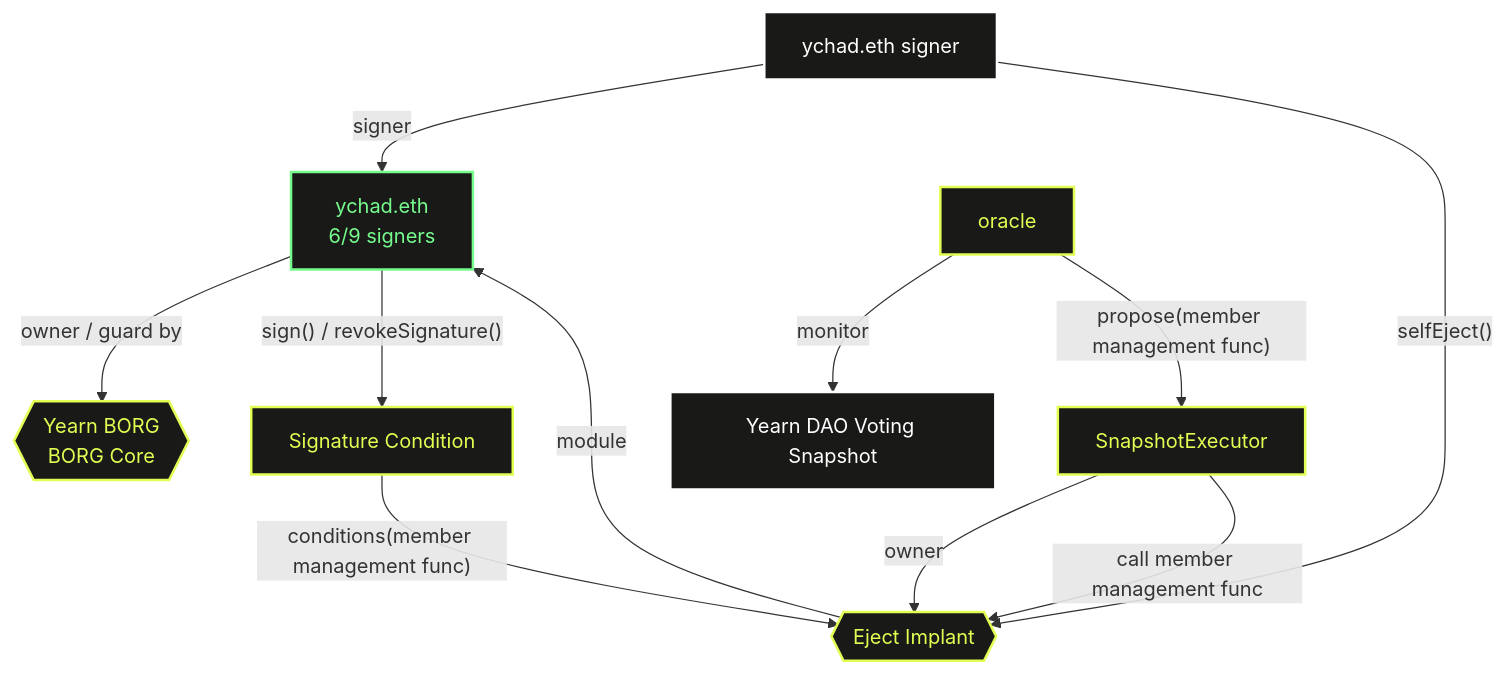
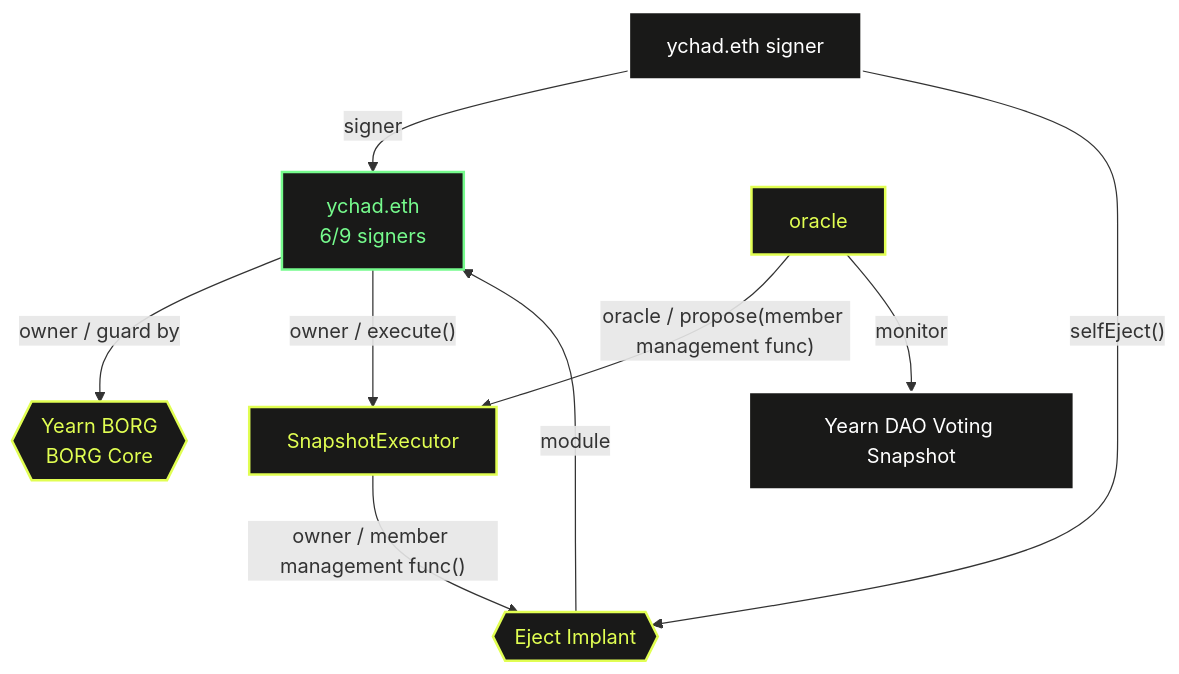
Before and after one commit to MetaLex-Tech/borg-core: the diagram in README-yearnBorg.md, drawn with Mermaid. The commit also changed other lines of this file, not shown here.

Commit message:
chore: Simplify member management voting workflow

````diff
--- a/README-yearnBorg.md
+++ b/README-yearnBorg.md
@@ -5,44 +5,38 @@
 ```mermaid
 graph TD
     ychad[ychad.eth<br/>6/9 signers]
     ychadSigner[ychad.eth signer]
     yearnDaoVoting[Yearn DAO Voting Snapshot]
     
     oracleAddr[oracle]
     
     borg{{Yearn BORG<br>BORG Core}}
     
     ejectImplant{{Eject Implant}}
      
-    signatureCondition[Signature Condition]        
-
     snapshotExecutor[SnapshotExecutor]
 
     ychad -->|"owner / guard by"| borg
-    ychad -->|"sign() / revokeSignature()"| signatureCondition
+    ychad -->|"owner / execute()"| snapshotExecutor
     
     ychadSigner -->|signer| ychad
     ychadSigner -->|"selfEject()"| ejectImplant
 
+    oracleAddr -->|"oracle / propose(member management func)"| snapshotExecutor      
     oracleAddr -->|monitor| yearnDaoVoting
-    oracleAddr -->|"propose(member management func)"| snapshotExecutor      
     
     ejectImplant -->|module| ychad
     
-    signatureCondition -->|"conditions(member management func)"| ejectImplant
-    
-    snapshotExecutor -->|owner| ejectImplant
-    snapshotExecutor -->|"call member management func"| ejectImplant
+    snapshotExecutor -->|"owner / member management func()"| ejectImplant
     
     %% Styling (optional, Mermaid supports limited styling)
     classDef default fill:#191918,stroke:#fff,stroke-width:2px,color:#fff;
     classDef borg fill:#191918,stroke:#E1FE52,stroke-width:2px,color:#E1FE52;
     classDef safe fill:#191918,stroke:#76FB8D,stroke-width:2px,color:#76FB8D;
     classDef todo fill:#191918,stroke:#F09B4A,stroke-width:2px,color:#F09B4A;
     class borg borg;
     class ejectImplant borg;
-    class signatureCondition borg;
     class snapshotExecutor borg;
     class oracleAddr borg;
     class ychad safe;
 ```
````
